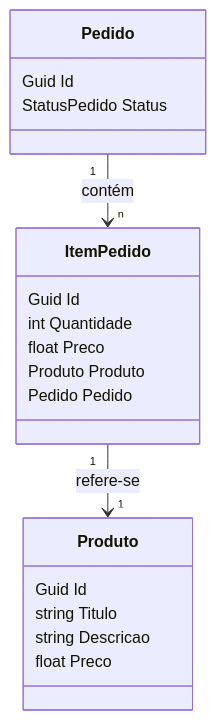
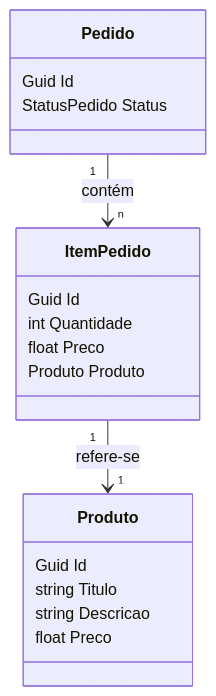
One commit to wesleybertipaglia/demo-dotnet-pedidos changed the diagram in README.md. Above: the diagram before and after it, drawn with Mermaid. The commit also changed 1 other file, not shown here.

Commit message:
feat: add entity ItemPedido
added to Pedidos.Domain.Entities namespace

````diff
--- a/README.md
+++ b/README.md
@@ -54,25 +54,24 @@
 ```mermaid
 classDiagram
     class Produto {
         Guid Id
         string Titulo
         string Descricao
         float Preco
     }
 
     class Pedido {
         Guid Id
         StatusPedido Status
     }
 
     class ItemPedido {
         Guid Id        
         int Quantidade
         float Preco
         Produto Produto
-        Pedido Pedido
     }
 
     Pedido "1" --> "n" ItemPedido : contém
     ItemPedido "1" --> "1" Produto : refere-se
 ```
````
